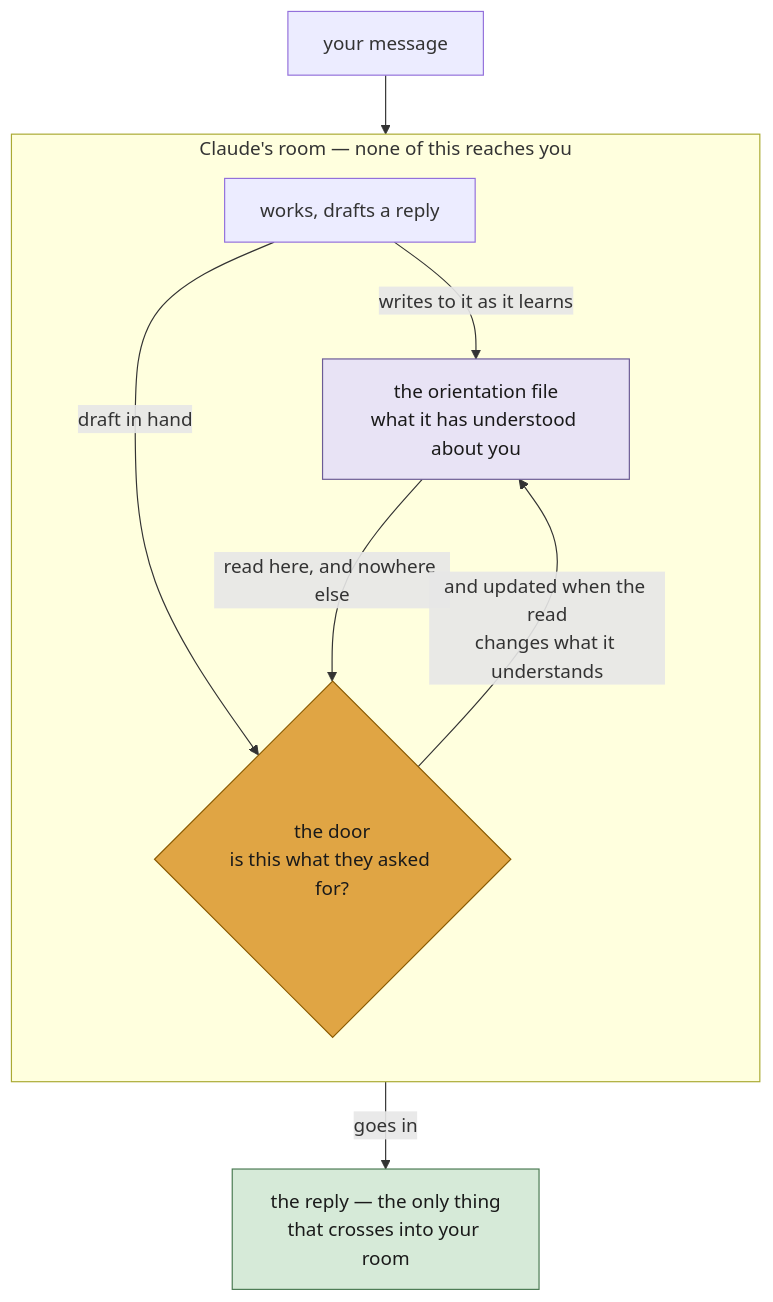
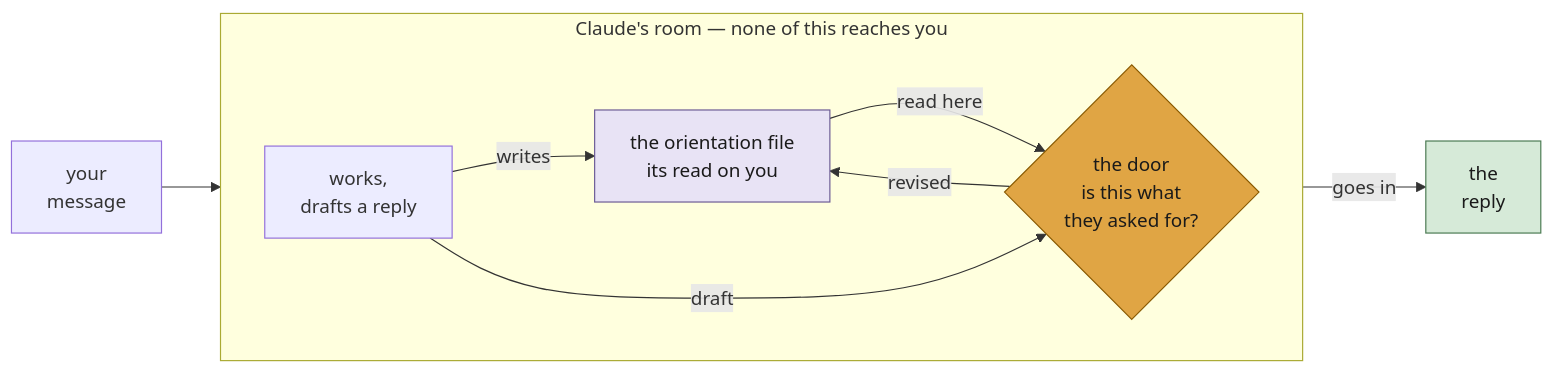
One commit to hackerbara/read-the-room changed the diagram in README.md. Above: the diagram before and after it, drawn with Mermaid. The commit also changed other lines of this file, not shown here.

Commit message:
Lay the opening diagram out left to right
Top-to-bottom made it tall enough to need scrolling, and GitHub scales a tall
diagram down until the labels are unreadable. Left-to-right with one- and
two-word edge labels gives a wide, short image that fits the README column.

The detail the labels lost moves to the caption underneath, where prose
belongs anyway.

Claude-Session: https://claude.ai/code/session_01QGiebpRjmtaFCEtmAZ2ier

````diff
--- a/README.md
+++ b/README.md
@@ -13,21 +13,21 @@
 ```mermaid
-flowchart TD
-    M["your message"] --> W
+flowchart LR
+    M["your<br/>message"] --> W
 
     subgraph CR["Claude's room — none of this reaches you"]
-        direction TB
-        W["works, drafts a reply"]
-        F["the orientation file<br/>what it has understood about you"]
-        D{"the door<br/>is this what they asked for?"}
-        W -->|"writes to it as it learns"| F
-        W -->|"draft in hand"| D
-        F -->|"read here, and nowhere else"| D
-        D -->|"and updated when the read<br/>changes what it understands"| F
+        direction LR
+        W["works,<br/>drafts a reply"]
+        F["the orientation file<br/>its read on you"]
+        D{"the door<br/>is this what<br/>they asked for?"}
+        W -->|"writes"| F
+        F -->|"read here"| D
+        D -->|"revised"| F
+        W -->|"draft"| D
     end
 
-    D -->|"goes in"| R["the reply — the only thing<br/>that crosses into your room"]
+    D -->|"goes in"| R["the<br/>reply"]
 
     style F fill:#e8e3f5,stroke:#6b5b95,color:#1a1a1a
     style D fill:#e0a544,stroke:#8a5a00,color:#1a1a1a
     style R fill:#d6ead8,stroke:#4a7a52,color:#1a1a1a
 ```
````
